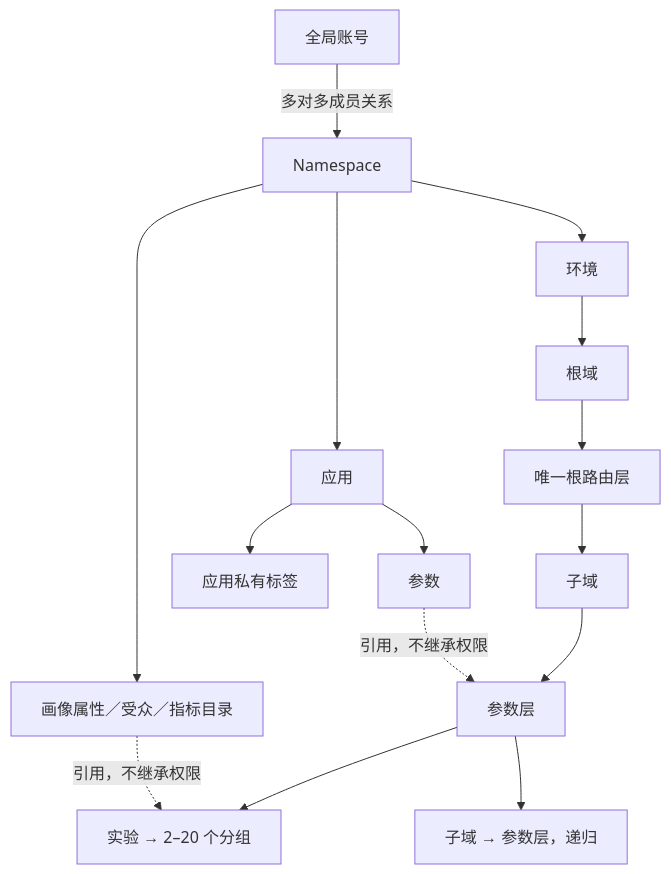
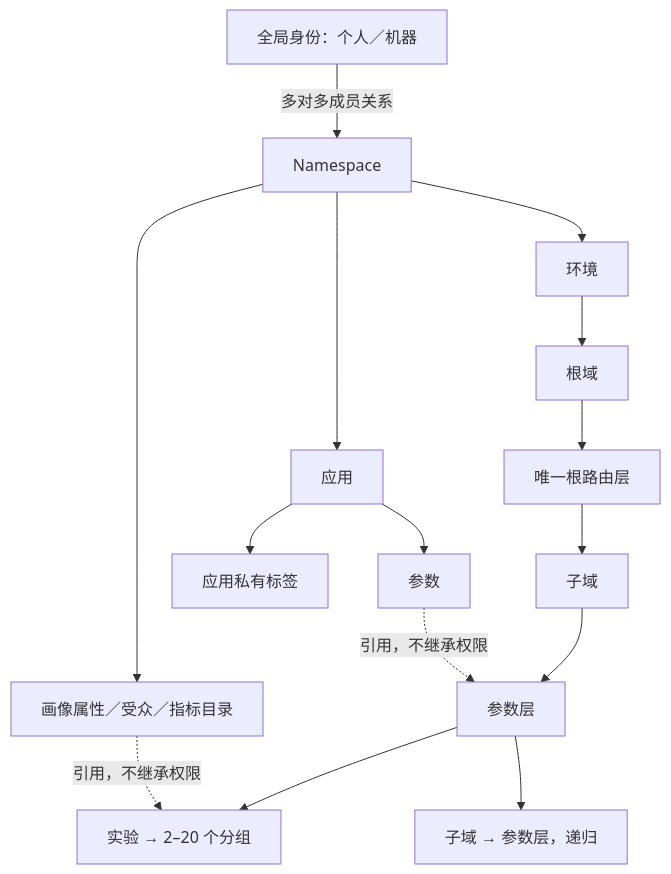
One commit to wangxwit/abtest changed the diagram in docs/平台文档/01-产品设计.md. Above: the diagram before and after it, drawn with Mermaid. The commit also changed other lines of this file and 19 other files, not shown here.

````diff
--- a/docs/平台文档/01-产品设计.md
+++ b/docs/平台文档/01-产品设计.md
@@ -22,17 +22,17 @@
 ```mermaid
 flowchart TB
-  Account[全局账号] -->|多对多成员关系| NS[Namespace]
+  Account[全局身份：个人／机器] -->|多对多成员关系| NS[Namespace]
   NS --> App[应用]
   App --> Param[参数]
   App --> Tag[应用私有标签]
   NS --> Catalog[画像属性／受众／指标目录]
   NS --> Env[环境]
   Env --> Root[根域]
   Root --> Route[唯一根路由层]
   Route --> Domain[子域]
   Domain --> Layer[参数层]
   Layer --> Exp[实验 → 2–20 个分组]
   Layer --> Child[子域 → 参数层，递归]
   Param -.->|引用，不继承权限| Layer
   Catalog -.->|引用，不继承权限| Exp
 ```
````
